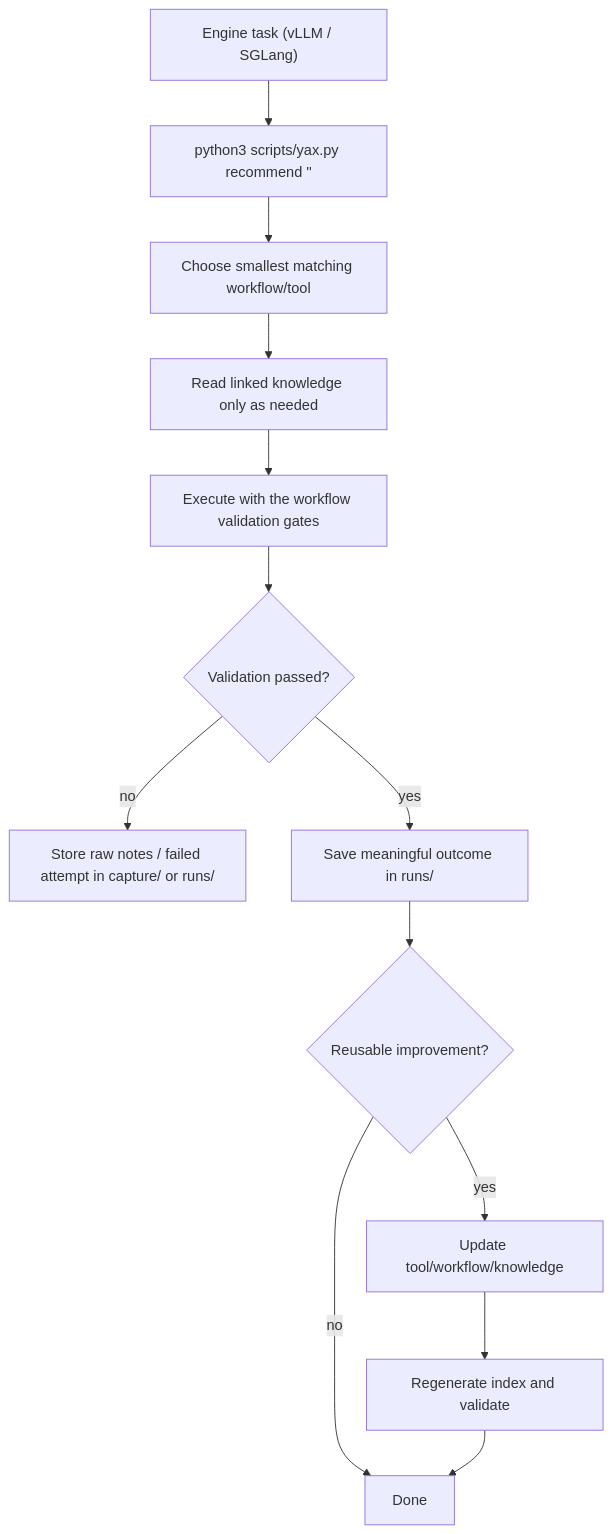
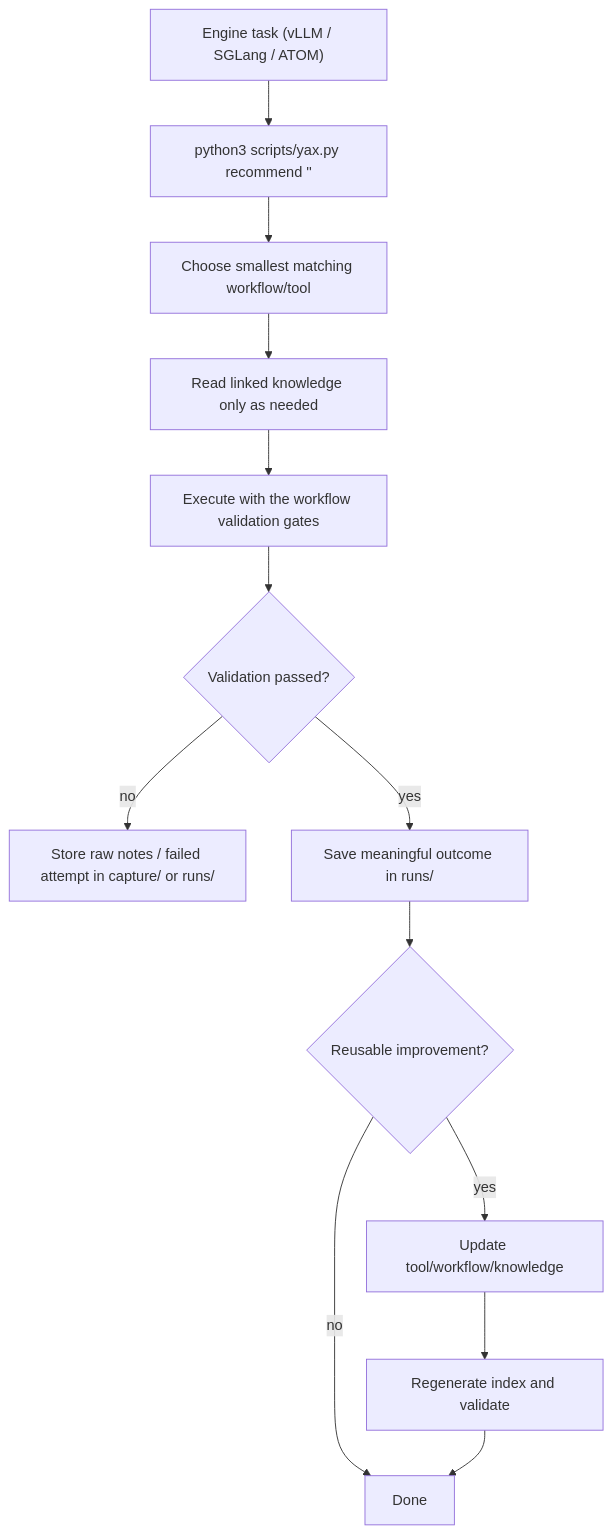
One commit to bobofang11235/YAX changed the diagram in README.md. Above: the diagram before and after it, drawn with Mermaid.

Commit message:
docs: include ATOM in README toolbox-loop diagram

````diff
--- a/README.md
+++ b/README.md
@@ -25,15 +25,15 @@
 ```mermaid
 flowchart TD
-  task["Engine task (vLLM / SGLang)"] --> retrieve["python3 scripts/yax.py recommend '<task>'"]
+  task["Engine task (vLLM / SGLang / ATOM)"] --> retrieve["python3 scripts/yax.py recommend '<task>'"]
   retrieve --> choose["Choose smallest matching workflow/tool"]
   choose --> context["Read linked knowledge only as needed"]
   context --> execute["Execute with the workflow validation gates"]
   execute --> validate{"Validation passed?"}
   validate -->|no| capture["Store raw notes / failed attempt in capture/ or runs/"]
   validate -->|yes| run["Save meaningful outcome in runs/"]
   run --> reusable{"Reusable improvement?"}
   reusable -->|yes| update["Update tool/workflow/knowledge"]
   update --> index["Regenerate index and validate"]
   reusable -->|no| done["Done"]
   index --> done
 ```
````
